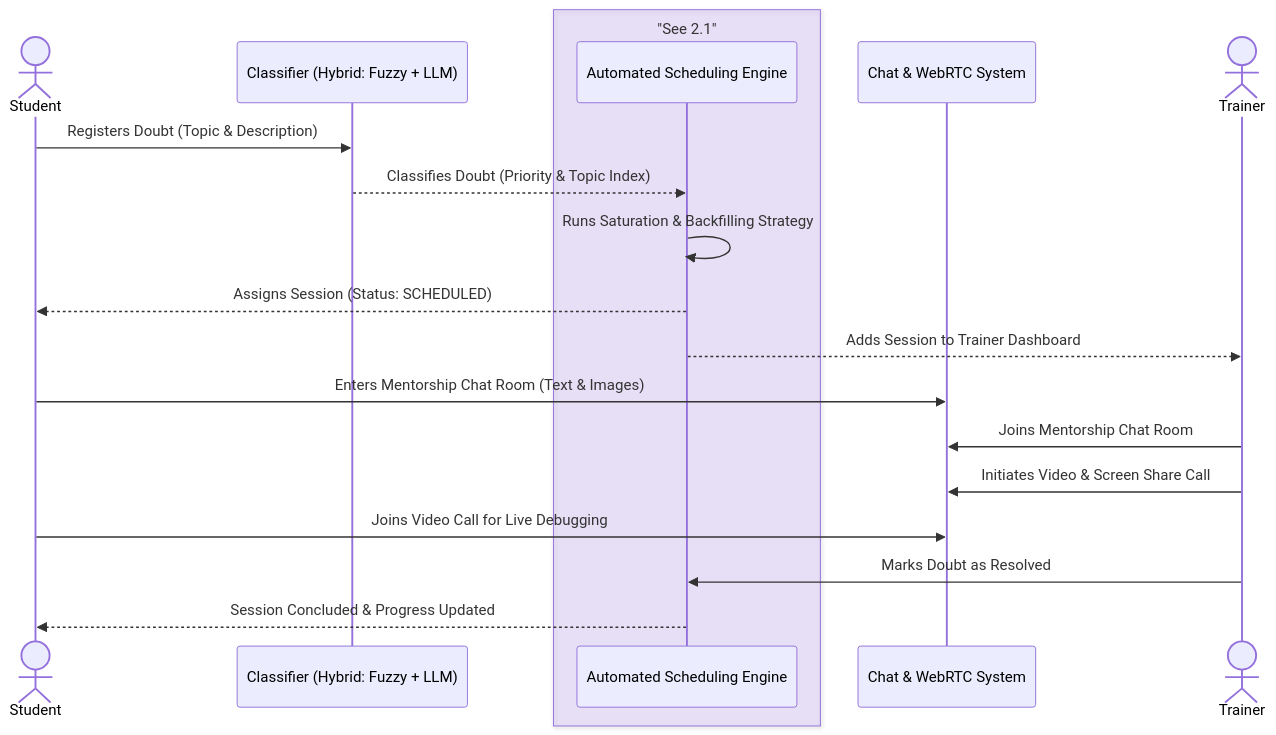
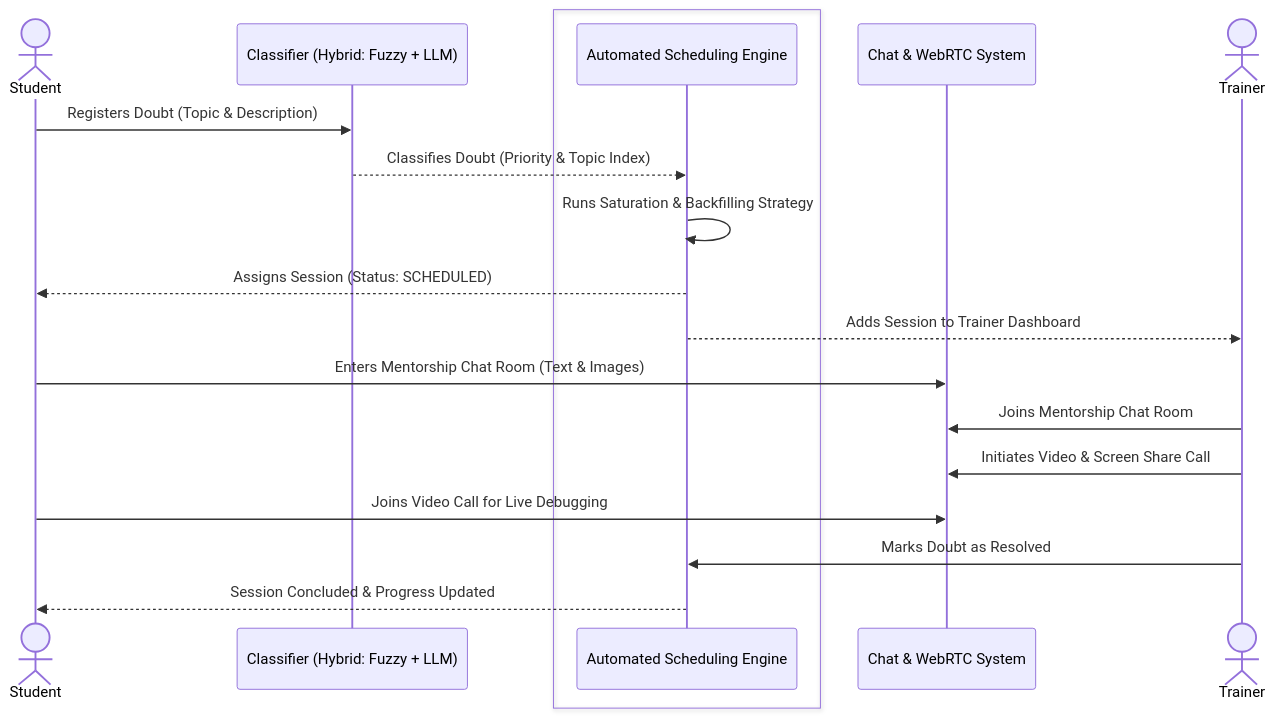
One commit to suyash-rgb/JS-Mentor changed the fourth of 18 diagrams in README.md. Above: the diagram before and after it, drawn with Mermaid. The commit also changed other lines of this file, not shown here.

````diff
--- a/README.md
+++ b/README.md
@@ -138,24 +138,24 @@
 ```mermaid
 sequenceDiagram
     actor S as Student
     participant C as Classifier (Hybrid: Fuzzy + LLM)
     
-    box rgba(153,102,255,0.15) "See 2.1"
+    box #E5D5FF "See 2.1"
     participant E as Automated Scheduling Engine
     end
     
     participant CH as Chat & WebRTC System
     actor T as Trainer
 
     S->>C: Registers Doubt (Topic & Description)
     C-->>E: Classifies Doubt (Priority & Topic Index)
     E->>E: Runs Saturation & Backfilling Strategy
     E-->>S: Assigns Session (Status: SCHEDULED)
     E-->>T: Adds Session to Trainer Dashboard
     S->>CH: Enters Mentorship Chat Room (Text & Images)
     T->>CH: Joins Mentorship Chat Room
     T->>CH: Initiates Video & Screen Share Call
     S->>CH: Joins Video Call for Live Debugging
     T->>E: Marks Doubt as Resolved
     E-->>S: Session Concluded & Progress Updated
 ```
````
